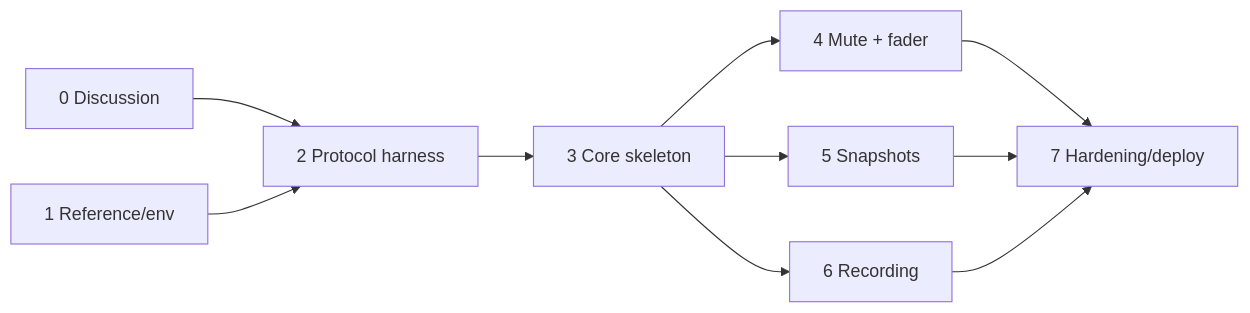
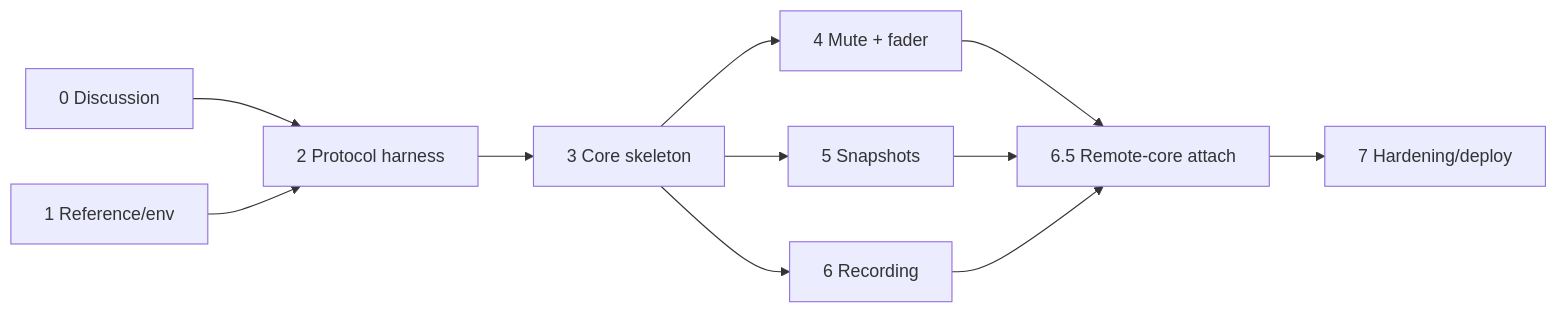
One commit to collisterumc/skaarhoj_soundcraft changed the diagram in TODO.md. Above: the diagram before and after it, drawn with Mermaid. The commit also changed other lines of this file, not shown here.

First line of the commit message:
Add milestone 6.5: try Reactor remote-core attach for the dev loop

````diff
--- a/TODO.md
+++ b/TODO.md
@@ -302,12 +329,13 @@
 ```mermaid
 graph LR
     G0[0 Discussion] --> G2
     G1[1 Reference/env] --> G2[2 Protocol harness]
     G2 --> G3[3 Core skeleton]
     G3 --> G4[4 Mute + fader]
     G3 --> G5[5 Snapshots]
     G3 --> G6[6 Recording]
-    G4 --> G7[7 Hardening/deploy]
-    G5 --> G7
-    G6 --> G7
+    G4 --> G65[6.5 Remote-core attach]
+    G5 --> G65
+    G6 --> G65
+    G65 --> G7[7 Hardening/deploy]
 ```
````
